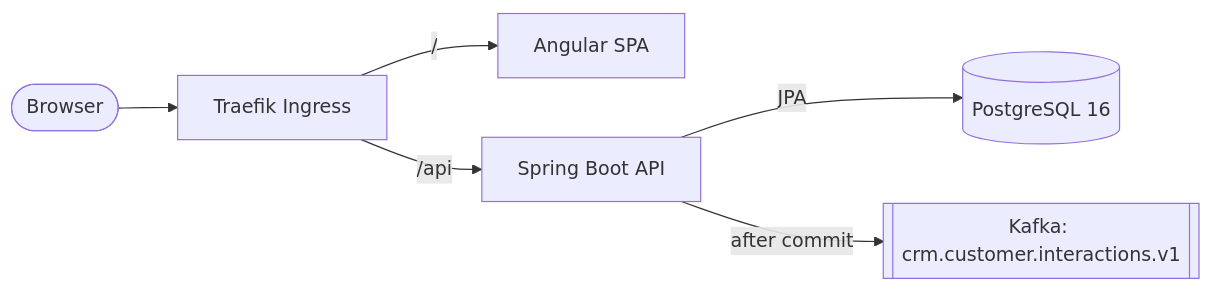
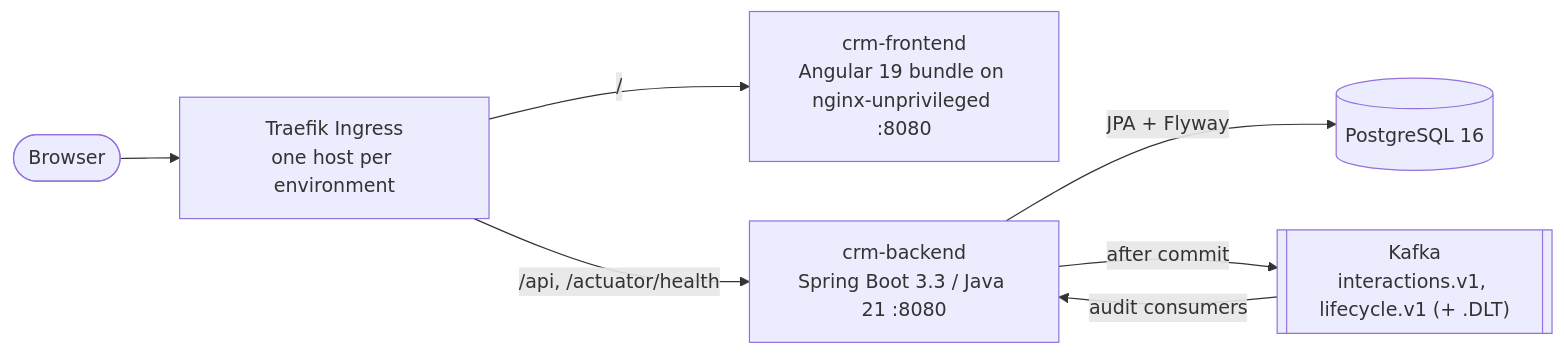
The diagram in docs/architecture/container.md (WillCraig/CapstoneProjectBoot), drawn with Mermaid before and after one commit. The commit also changed other lines of this file and 9 other files, not shown here.

First line of the commit message:
Lab 48: align architecture, C4 views and ADRs with the built system

````diff
--- a/docs/architecture/container.md
+++ b/docs/architecture/container.md
@@ -5,8 +5,9 @@
 ```mermaid
 flowchart LR
-  B([Browser]) --> I[Traefik Ingress]
-  I -->|/| SPA[Angular SPA]
-  I -->|/api| API[Spring Boot API]
-  API -->|JPA| PG[(PostgreSQL 16)]
-  API -->|after commit| K[[Kafka: crm.customer.interactions.v1]]
+  B(["Browser"]) --> I["Traefik Ingress<br/>one host per environment"]
+  I -->|"/"| SPA["crm-frontend<br/>Angular 19 bundle on nginx-unprivileged :8080"]
+  I -->|"/api, /actuator/health"| API["crm-backend<br/>Spring Boot 3.3 / Java 21 :8080"]
+  API -->|"JPA + Flyway"| PG[("PostgreSQL 16")]
+  API -->|"after commit"| K[["Kafka<br/>interactions.v1, lifecycle.v1 (+ .DLT)"]]
+  K -->|"audit consumers"| API
 ```
````
